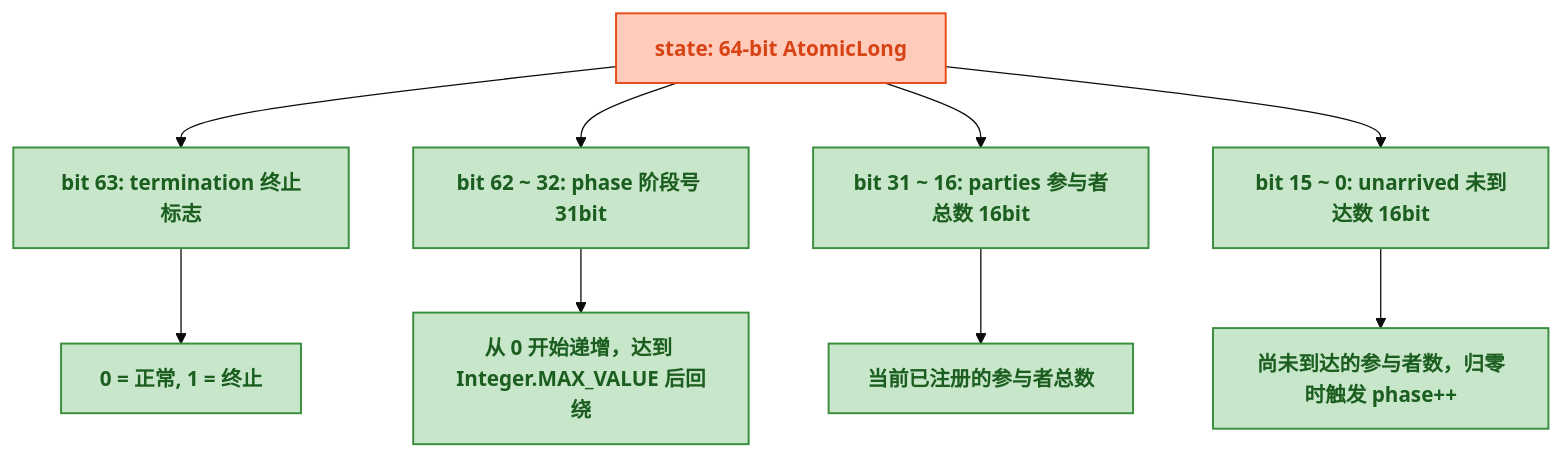
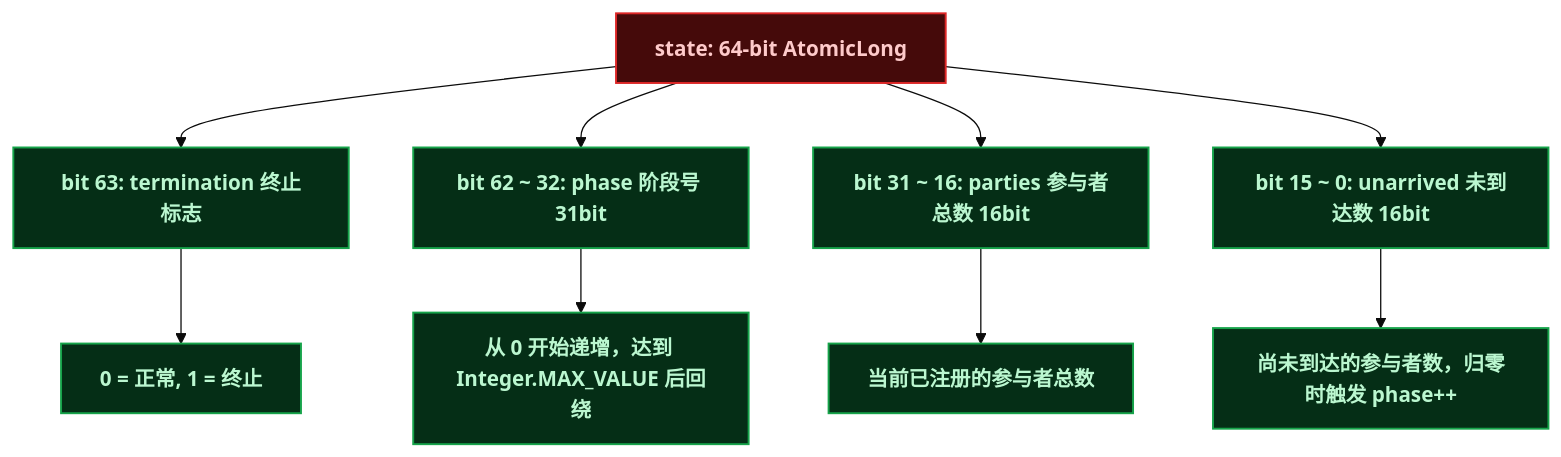
Before and after one commit to yaocat55/yaocat55.github.io: the first of 4 diagrams in content/posts/concurrency/Phaser.md, drawn with Mermaid (base theme). The commit also changed other lines of this file and 155 other files, not shown here.

````diff
--- a/content/posts/concurrency/Phaser.md
+++ b/content/posts/concurrency/Phaser.md
@@ -64,20 +64,20 @@
 ```mermaid
 flowchart TD
-    classDef data fill:#C8E6C9,stroke:#388E3C,stroke-width:1.5px,color:#1B5E20,font-weight:bold;
-    classDef highlight fill:#FFCCBC,stroke:#E64A19,stroke-width:1.5px,color:#D84315,font-weight:bold;
+classDef data fill:#052e16,stroke:#16a34a,stroke-width:1.5px,color:#bbf7d0,font-weight:bold;
+classDef highlight fill:#450a0a,stroke:#dc2626,stroke-width:1.5px,color:#fecaca,font-weight:bold;
 
     S[state: 64-bit AtomicLong]
     S --> T[bit 63: termination 终止标志]
     S --> PH[bit 62 ~ 32: phase 阶段号 31bit]
     S --> PA[bit 31 ~ 16: parties 参与者总数 16bit]
     S --> UN[bit 15 ~ 0: unarrived 未到达数 16bit]
 
     T --> T1["0 = 正常, 1 = 终止"]
     PH --> PH1["从 0 开始递增，达到 Integer.MAX_VALUE 后回绕"]
     PA --> PA1["当前已注册的参与者总数"]
     UN --> UN1["尚未到达的参与者数，归零时触发 phase++"]
 
     class S highlight;
     class T,PH,PA,UN data;
     class T1,PH1,PA1,UN1 data;
 ```
````
